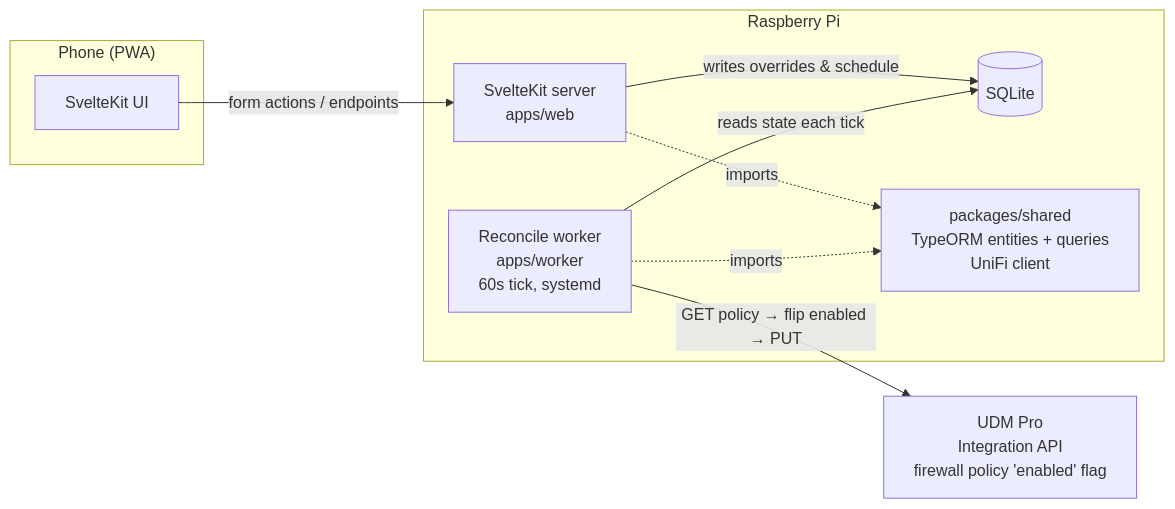
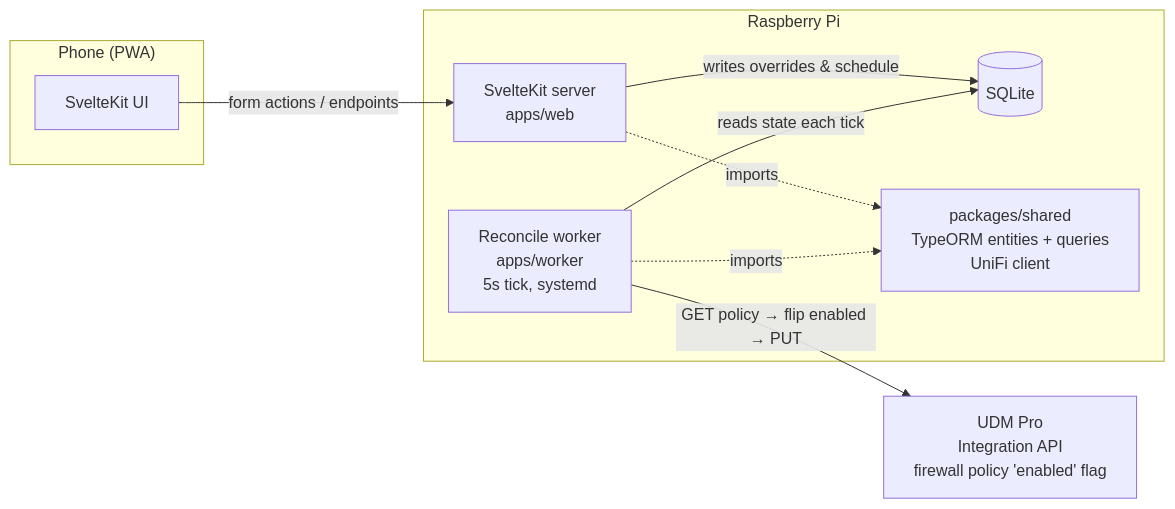
One commit to m4olivei/screen-time changed the diagram in .ai/strikethroo/plans/01--household-screen-time-manager/plan-01--household-screen-time-manager.md. Above: the diagram before and after it, drawn with Mermaid. The commit also changed other lines of this file and 1 other file, not shown here.

````diff
--- a/.ai/strikethroo/plans/01--household-screen-time-manager/plan-01--household-screen-time-manager.md
+++ b/.ai/strikethroo/plans/01--household-screen-time-manager/plan-01--household-screen-time-manager.md
@@ -65,19 +68,19 @@
 ```mermaid
 flowchart LR
     subgraph iPhone["Phone (PWA)"]
         UI[SvelteKit UI]
     end
     subgraph Pi["Raspberry Pi"]
         WEB[SvelteKit server\napps/web]
         DB[(SQLite)]
-        WORKER[Reconcile worker\napps/worker\n60s tick, systemd]
+        WORKER[Reconcile worker\napps/worker\n5s tick, systemd]
         SHARED[packages/shared\nTypeORM entities + queries\nUniFi client]
     end
     UDM[UDM Pro\nIntegration API\nfirewall policy 'enabled' flag]
     UI -->|form actions / endpoints| WEB
     WEB -->|writes overrides & schedule| DB
     WORKER -->|reads state each tick| DB
     WORKER -->|GET policy → flip enabled → PUT| UDM
     WEB -.imports.-> SHARED
     WORKER -.imports.-> SHARED
 ```
````
